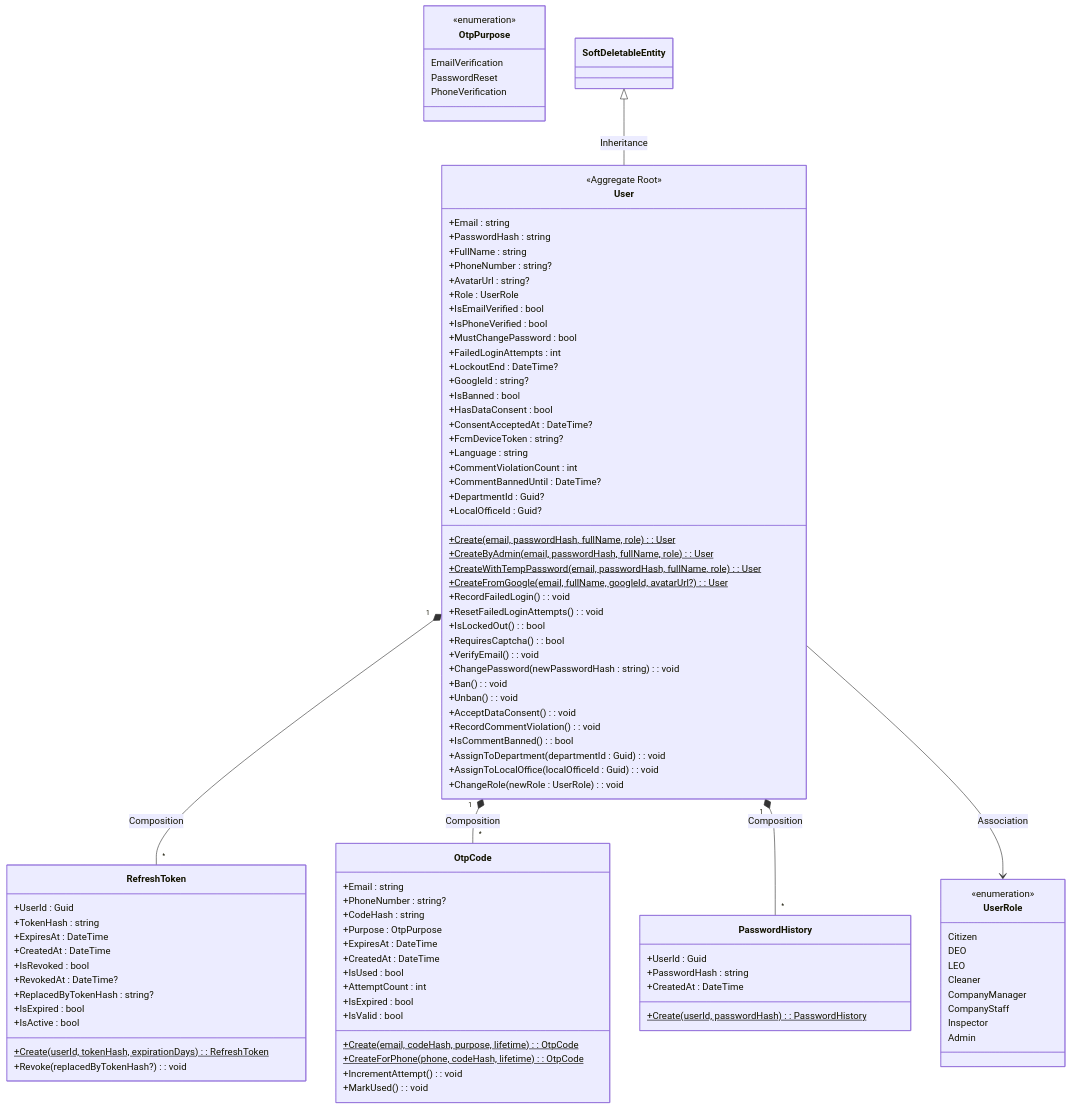
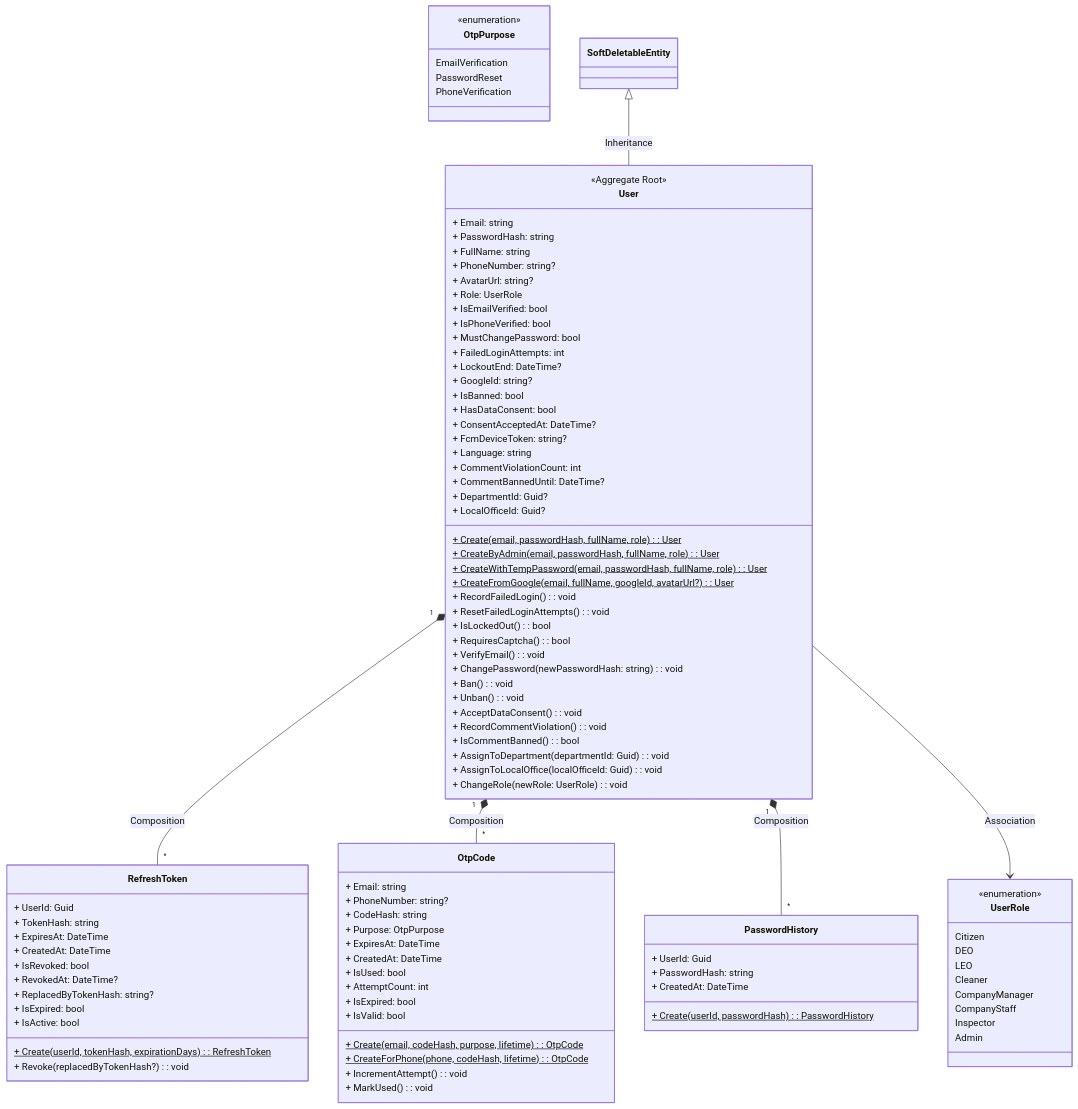
One commit to Capstonne-Project/greenlens-service changed the third of 14 diagrams in docs/BusinessRule/CLASS_DIAGRAMS.md. Above: the diagram before and after it, drawn with Mermaid. The commit also changed other lines of this file, not shown here.

Commit message:
chore(docs): class diagram md enhance format

```diff
--- a/docs/BusinessRule/CLASS_DIAGRAMS.md
+++ b/docs/BusinessRule/CLASS_DIAGRAMS.md
@@ -102,83 +102,83 @@
 classDiagram
     class User {
         <<Aggregate Root>>
-        +Email : string
-        +PasswordHash : string
-        +FullName : string
-        +PhoneNumber : string?
-        +AvatarUrl : string?
-        +Role : UserRole
-        +IsEmailVerified : bool
-        +IsPhoneVerified : bool
-        +MustChangePassword : bool
-        +FailedLoginAttempts : int
-        +LockoutEnd : DateTime?
-        +GoogleId : string?
-        +IsBanned : bool
-        +HasDataConsent : bool
-        +ConsentAcceptedAt : DateTime?
-        +FcmDeviceToken : string?
-        +Language : string
-        +CommentViolationCount : int
-        +CommentBannedUntil : DateTime?
-        +DepartmentId : Guid?
-        +LocalOfficeId : Guid?
-        +Create(email, passwordHash, fullName, role) : User$
-        +CreateByAdmin(email, passwordHash, fullName, role) : User$
-        +CreateWithTempPassword(email, passwordHash, fullName, role) : User$
-        +CreateFromGoogle(email, fullName, googleId, avatarUrl?) : User$
-        +RecordFailedLogin() : void
-        +ResetFailedLoginAttempts() : void
-        +IsLockedOut() : bool
-        +RequiresCaptcha() : bool
-        +VerifyEmail() : void
-        +ChangePassword(newPasswordHash : string) : void
-        +Ban() : void
-        +Unban() : void
-        +AcceptDataConsent() : void
-        +RecordCommentViolation() : void
-        +IsCommentBanned() : bool
-        +AssignToDepartment(departmentId : Guid) : void
-        +AssignToLocalOffice(localOfficeId : Guid) : void
-        +ChangeRole(newRole : UserRole) : void
+        + Email: string
+        + PasswordHash: string
+        + FullName: string
+        + PhoneNumber: string?
+        + AvatarUrl: string?
+        + Role: UserRole
+        + IsEmailVerified: bool
+        + IsPhoneVerified: bool
+        + MustChangePassword: bool
+        + FailedLoginAttempts: int
+        + LockoutEnd: DateTime?
+        + GoogleId: string?
+        + IsBanned: bool
+        + HasDataConsent: bool
+        + ConsentAcceptedAt: DateTime?
+        + FcmDeviceToken: string?
+        + Language: string
+        + CommentViolationCount: int
+        + CommentBannedUntil: DateTime?
+        + DepartmentId: Guid?
+        + LocalOfficeId: Guid?
+        + Create(email, passwordHash, fullName, role): User$
+        + CreateByAdmin(email, passwordHash, fullName, role): User$
+        + CreateWithTempPassword(email, passwordHash, fullName, role): User$
+        + CreateFromGoogle(email, fullName, googleId, avatarUrl?): User$
+        + RecordFailedLogin(): void
+        + ResetFailedLoginAttempts(): void
+        + IsLockedOut(): bool
+        + RequiresCaptcha(): bool
+        + VerifyEmail(): void
+        + ChangePassword(newPasswordHash: string): void
+        + Ban(): void
+        + Unban(): void
+        + AcceptDataConsent(): void
+        + RecordCommentViolation(): void
+        + IsCommentBanned(): bool
+        + AssignToDepartment(departmentId: Guid): void
+        + AssignToLocalOffice(localOfficeId: Guid): void
+        + ChangeRole(newRole: UserRole): void
     }
 
     class RefreshToken {
-        +UserId : Guid
-        +TokenHash : string
-        +ExpiresAt : DateTime
-        +CreatedAt : DateTime
-        +IsRevoked : bool
-        +RevokedAt : DateTime?
-        +ReplacedByTokenHash : string?
-        +IsExpired : bool
-        +IsActive : bool
-        +Create(userId, tokenHash, expirationDays) : RefreshToken$
-        +Revoke(replacedByTokenHash?) : void
+        + UserId: Guid
+        + TokenHash: string
+        + ExpiresAt: DateTime
+        + CreatedAt: DateTime
+        + IsRevoked: bool
+        + RevokedAt: DateTime?
+        + ReplacedByTokenHash: string?
+        + IsExpired: bool
+        + IsActive: bool
+        + Create(userId, tokenHash, expirationDays): RefreshToken$
+        + Revoke(replacedByTokenHash?): void
     }
 
     class OtpCode {
-        +Email : string
-        +PhoneNumber : string?
-        +CodeHash : string
-        +Purpose : OtpPurpose
-        +ExpiresAt : DateTime
-        +CreatedAt : DateTime
-        +IsUsed : bool
-        +AttemptCount : int
-        +IsExpired : bool
-        +IsValid : bool
-        +Create(email, codeHash, purpose, lifetime) : OtpCode$
-        +CreateForPhone(phone, codeHash, lifetime) : OtpCode$
-        +IncrementAttempt() : void
-        +MarkUsed() : void
+        + Email: string
+        + PhoneNumber: string?
+        + CodeHash: string
+        + Purpose: OtpPurpose
+        + ExpiresAt: DateTime
+        + CreatedAt: DateTime
+        + IsUsed: bool
+        + AttemptCount: int
+        + IsExpired: bool
+        + IsValid: bool
+        + Create(email, codeHash, purpose, lifetime): OtpCode$
+        + CreateForPhone(phone, codeHash, lifetime): OtpCode$
+        + IncrementAttempt(): void
+        + MarkUsed(): void
     }
 
     class PasswordHistory {
-        +UserId : Guid
-        +PasswordHash : string
-        +CreatedAt : DateTime
-        +Create(userId, passwordHash) : PasswordHistory$
+        + UserId: Guid
+        + PasswordHash: string
+        + CreatedAt: DateTime
+        + Create(userId, passwordHash): PasswordHistory$
     }
 
     class UserRole {
```
